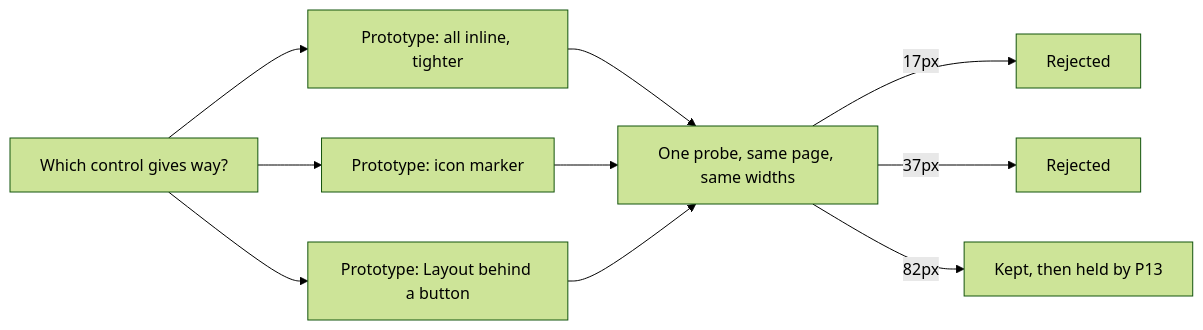
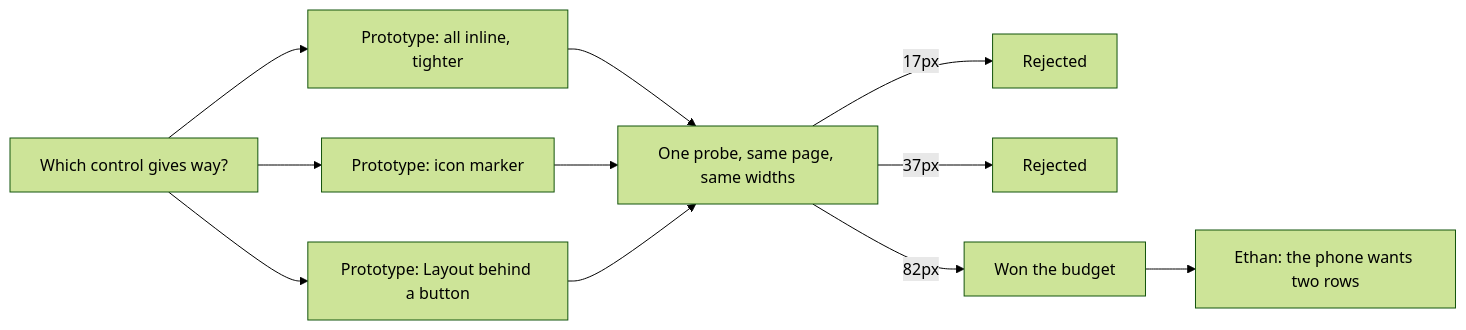
Diagram 16 of 16 in docs/FOR_ETHAN.md (mite404/yaklabs), drawn with Mermaid (forest theme) before and after one commit. The commit also changed other lines of this file and 2 other files, not shown here.

First line of the commit message:
docs: record the two-row phone bar (ADR-116)

````diff
--- a/docs/FOR_ETHAN.md
+++ b/docs/FOR_ETHAN.md
@@ -1482,12 +1484,13 @@
 ```mermaid
 flowchart LR
   Q[Which control gives way?] --> P1[Prototype: all inline, tighter]
   Q --> P2[Prototype: icon marker]
   Q --> P3[Prototype: Layout behind a button]
   P1 --> M[One probe, same page, same widths]
   P2 --> M
   P3 --> M
   M -->|17px| X1[Rejected]
   M -->|37px| X2[Rejected]
-  M -->|82px| K[Kept, then held by P13]
+  M -->|82px| K[Won the budget]
+  K --> E[Ethan: the phone wants two rows]
 ```
````
